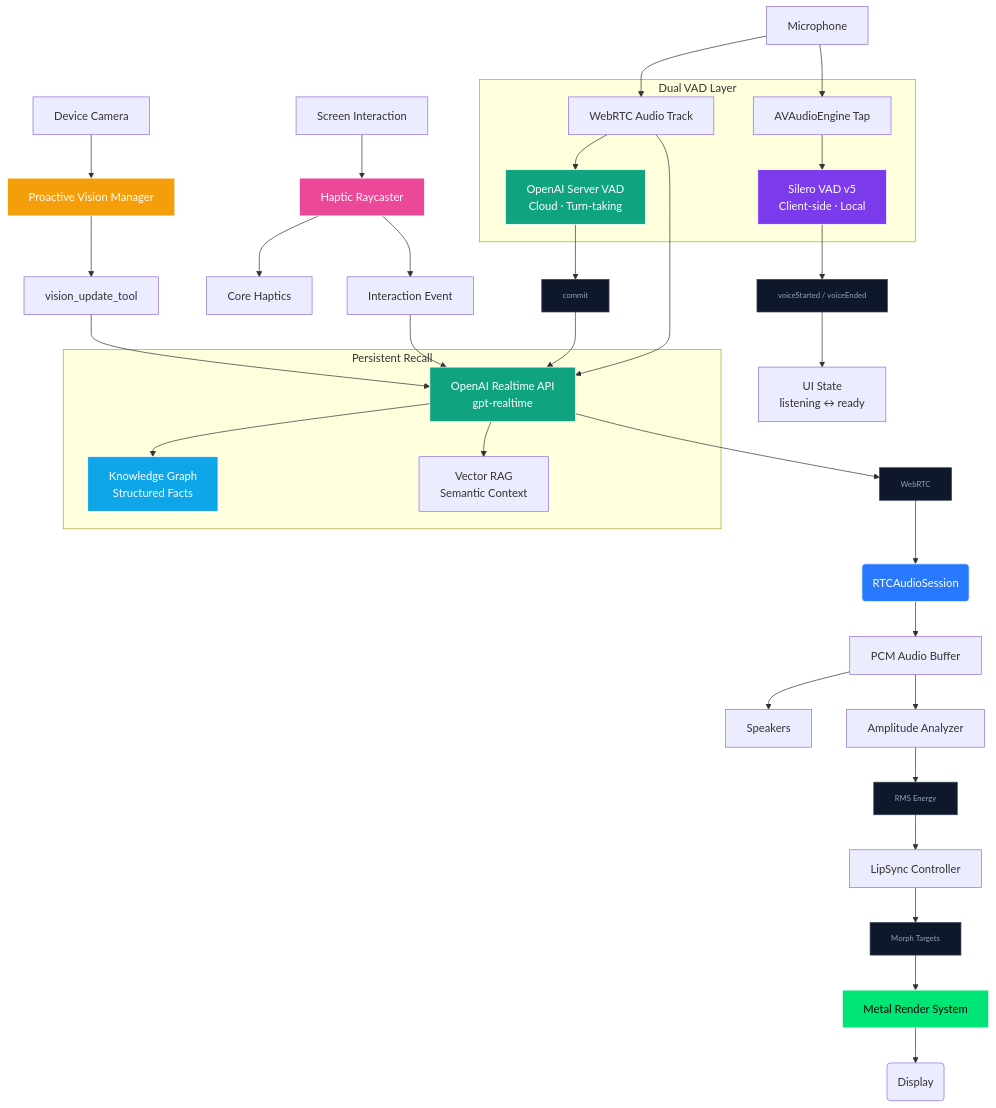
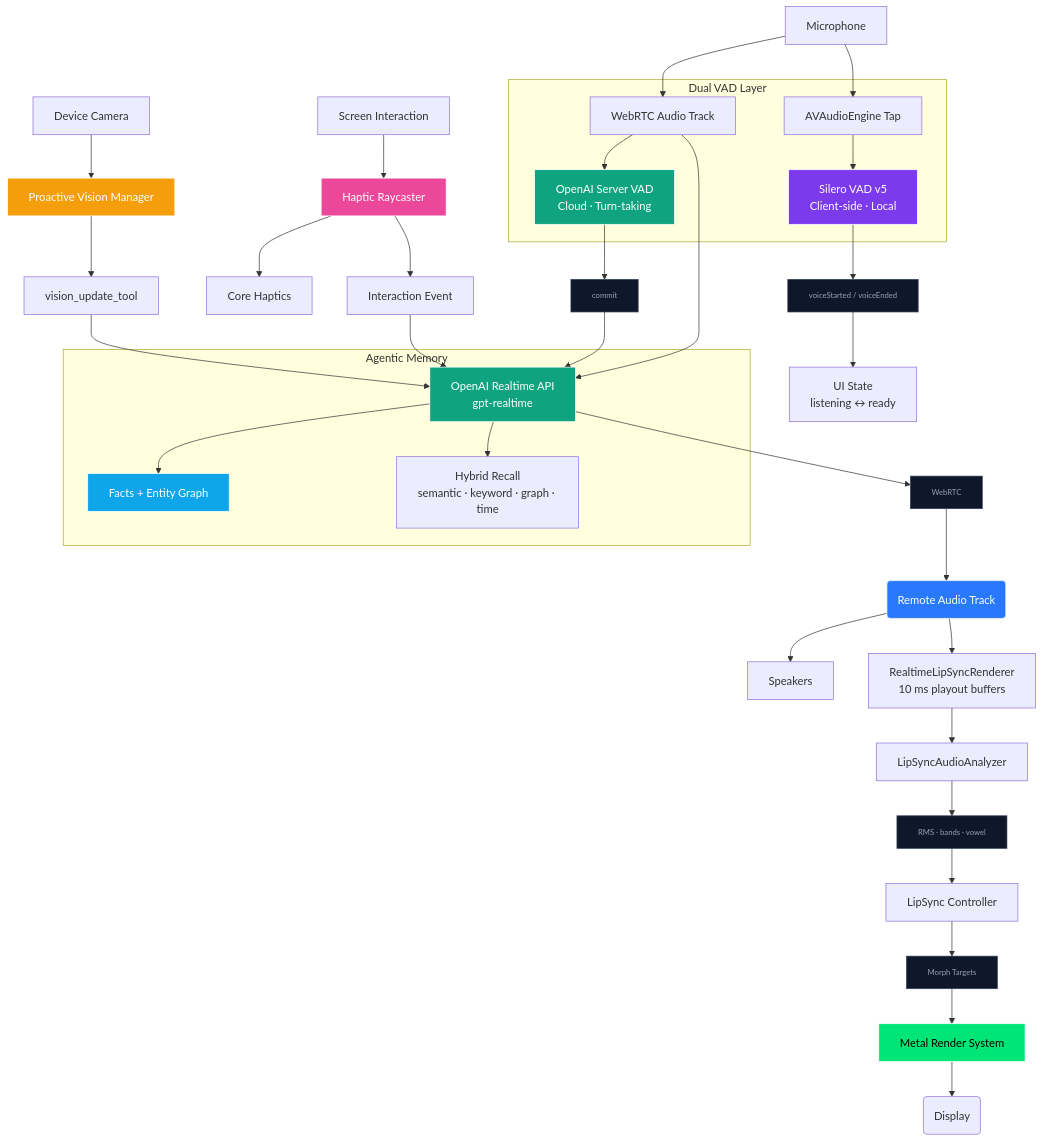
One commit to kevinliddel/NeuraLink changed the first of 3 diagrams in README.md. Above: the diagram before and after it, drawn with Mermaid. The commit also changed other lines of this file and 241 other files, not shown here.

````diff
--- a/README.md
+++ b/README.md
@@ -125,59 +163,59 @@
 ```mermaid
 graph TD
     MIC[Microphone]
     CAM[Device Camera]
     TOUCH[Screen Interaction]
 
     MIC --> WebRTC[WebRTC Audio Track]
     MIC --> Tap[AVAudioEngine Tap]
     
     CAM --> Vision[Proactive Vision Manager]
     Vision --> FrameUpdate[vision_update_tool]
     FrameUpdate --> API
 
     TOUCH --> Raycast[Haptic Raycaster]
     Raycast --> Haptic[Core Haptics]
     Raycast --> Interact[Interaction Event]
     Interact --> API
 
     subgraph VAD [Dual VAD Layer]
         Tap --> Silero[Silero VAD v5\nClient-side · Local]
         WebRTC --> ServerVAD[OpenAI Server VAD\nCloud · Turn-taking]
     end
 
-    subgraph Memory [Persistent Recall]
-        API --> Facts[Knowledge Graph\nStructured Facts]
-        API --> Vectors[Vector RAG\nSemantic Context]
+    subgraph Memory [Agentic Memory]
+        API --> Facts[Facts + Entity Graph]
+        API --> Recall[Hybrid Recall\nsemantic · keyword · graph · time]
     end
 
     Silero --> VoiceEvent[voiceStarted / voiceEnded]
     VoiceEvent --> UIState[UI State\nlistening ↔ ready]
     ServerVAD --> Commit[commit]
     Commit --> API
 
     WebRTC --> API[OpenAI Realtime API\ngpt-realtime]
     API --> WebRTCLink[WebRTC]
-    WebRTCLink --> RTC(RTCAudioSession)
-    RTC --> Buffer[PCM Audio Buffer]
-    Buffer --> Output[Speakers]
-    Buffer --> Analyzer[Amplitude Analyzer]
-    Analyzer --> RMSEnergy[RMS Energy]
-    RMSEnergy --> Controller[LipSync Controller]
+    WebRTCLink --> RTC(Remote Audio Track)
+    RTC --> Output[Speakers]
+    RTC --> Renderer[RealtimeLipSyncRenderer\n10 ms playout buffers]
+    Renderer --> Analyzer[LipSyncAudioAnalyzer]
+    Analyzer --> Cue[RMS · bands · vowel]
+    Cue --> Controller[LipSync Controller]
     Controller --> MorphTargets[Morph Targets]
     MorphTargets --> Metal[Metal Render System]
     Metal --> Screen(Display)
 
     style Silero fill:#7c3aed,stroke:#fff,color:#fff
     style ServerVAD fill:#10a37f,stroke:#fff,color:#fff
     style API fill:#10a37f,stroke:#fff,color:#fff
     style Metal fill:#00e676,stroke:#fff,color:#000
     style RTC fill:#2979ff,stroke:#fff,color:#fff
     style Vision fill:#f59e0b,stroke:#fff,color:#fff
     style Raycast fill:#ec4899,stroke:#fff,color:#fff
     style Facts fill:#0ea5e9,stroke:#fff,color:#fff
     style VoiceEvent fill:#0f172a,stroke:#334155,color:#94a3b8,font-size:11px
     style Commit fill:#0f172a,stroke:#334155,color:#94a3b8,font-size:11px
     style WebRTCLink fill:#0f172a,stroke:#334155,color:#94a3b8,font-size:11px
-    style RMSEnergy fill:#0f172a,stroke:#334155,color:#94a3b8,font-size:11px
+    style Cue fill:#0f172a,stroke:#334155,color:#94a3b8,font-size:11px
     style MorphTargets fill:#0f172a,stroke:#334155,color:#94a3b8,font-size:11px
 ```
````
